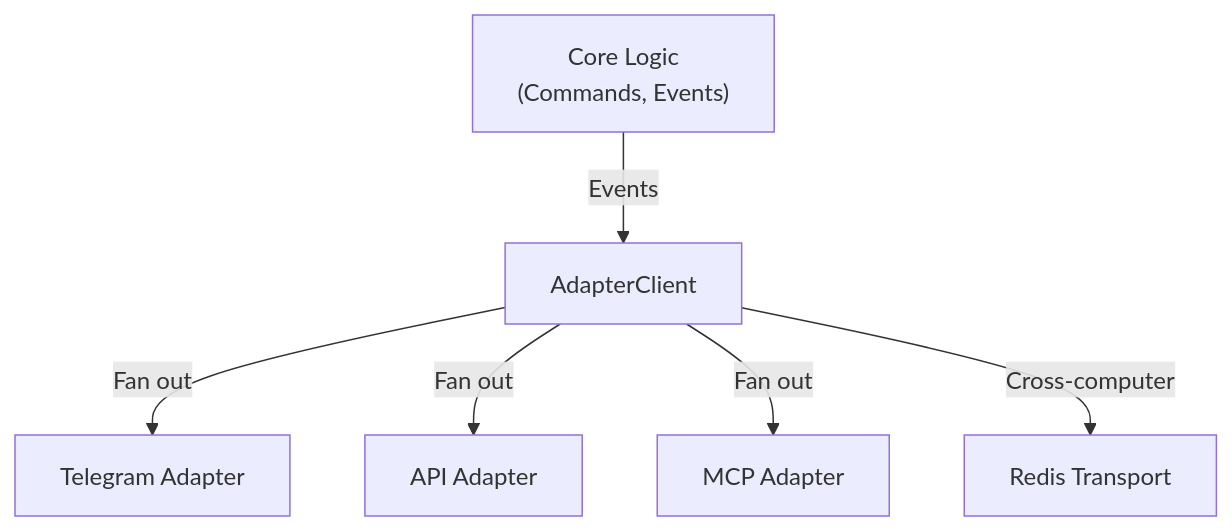
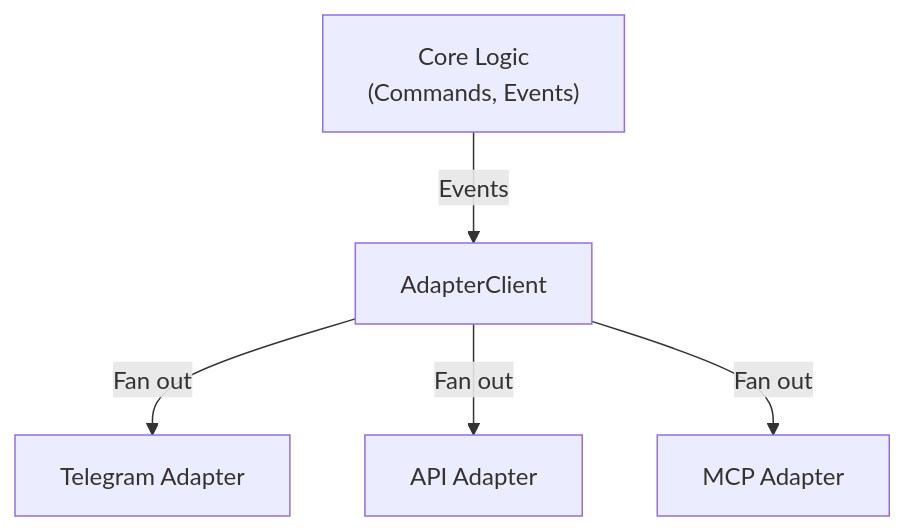
Before and after one commit to InstruktAI/TeleClaude: the first of 5 diagrams in docs/project/design/architecture/adapter-client.md, drawn with Mermaid. The commit also changed other lines of this file and 28 other files, not shown here.

````diff
--- a/docs/project/design/architecture/adapter-client.md
+++ b/docs/project/design/architecture/adapter-client.md
@@ -21,15 +25,13 @@
 ```mermaid
 flowchart TB
     Core["Core Logic<br/>(Commands, Events)"]
     AC["AdapterClient"]
     TG["Telegram Adapter"]
     API["API Adapter"]
     MCP["MCP Adapter"]
-    Redis["Redis Transport"]
 
     Core -->|Events| AC
     AC -->|Fan out| TG
     AC -->|Fan out| API
     AC -->|Fan out| MCP
-    AC -->|Cross-computer| Redis
 ```
````
